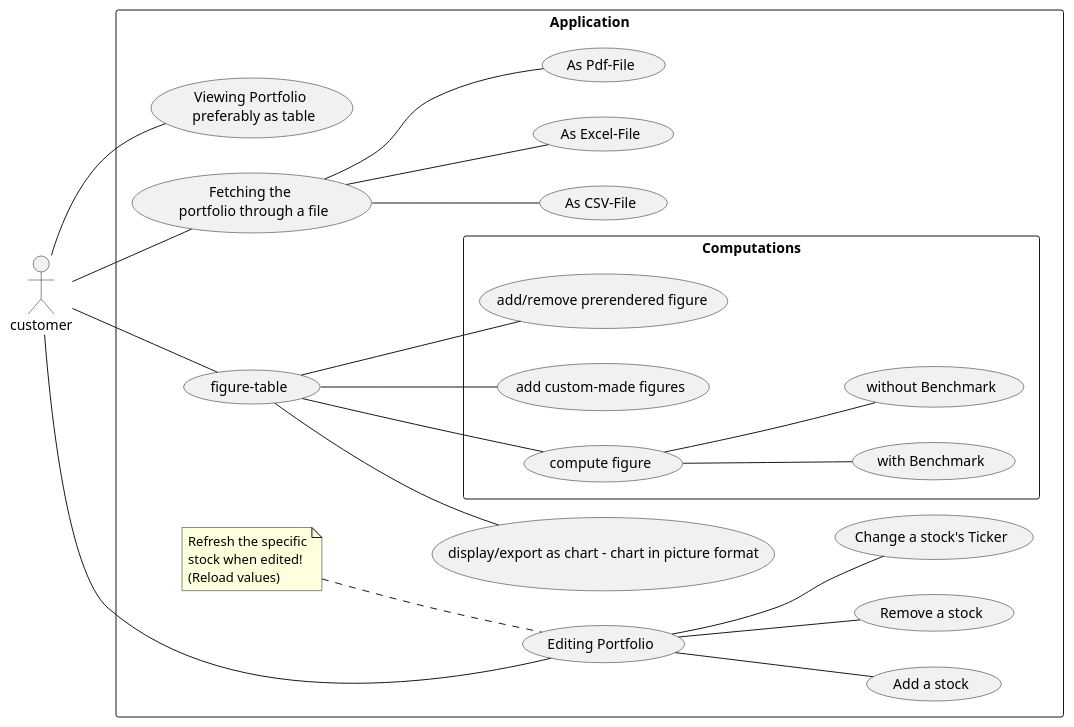
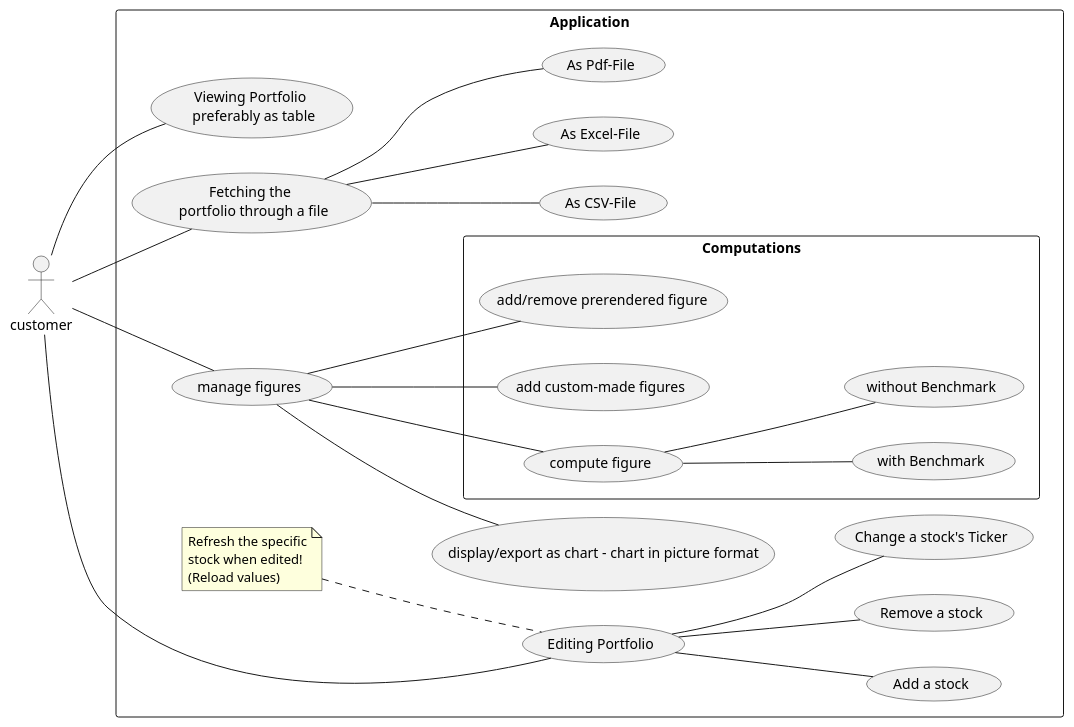
The diagram in Django_Project/UML/Portfolio.puml (rama997project/Stats-Screening), drawn with PlantUML before and after one commit. The commit also changed 18 other files, not shown here.

```diff
--- a/Django_Project/UML/Portfolio.puml
+++ b/Django_Project/UML/Portfolio.puml
@@ -1,58 +1,58 @@
 @startuml
 left to right direction
 skinparam packageStyle rectangle
 
 actor customer
 
 
 
 rectangle Application {
 customer -- (UC1)
 customer -- (UC3)
 customer -- (UC2)
 customer -- (UC5)
 (UC3) -- (Add a stock)
 (UC3) -- (Remove a stock)
 (UC3) -- (Change a stock's Ticker)
 
 note left of (UC3)
     Refresh the specific
     stock when edited!
     (Reload values)
 end note
 
 (UC2) -- (As CSV-File)
 (UC2) -- (As Excel-File)
 (UC2) -- (As Pdf-File)
 rectangle Computations {
 
 
 (UC5) -- (add/remove prerendered figure)
 (UC5) -- (add custom-made figures)
 (UC5) -- (UC6)
 (UC6) -- (with Benchmark)
 (UC6) -- (without Benchmark)
 
 
 usecase UC6 as "compute figure"
-usecase UC5 as "figure-table"
+usecase UC5 as "manage figures"
 
 }
 (UC5) -- (display/export as chart - chart in picture format)
 usecase UC1 as "Viewing Portfolio \n preferably as table"
 
 usecase UC2 as "Fetching the \n portfolio through a file"
 
 usecase UC3 as "Editing Portfolio"
 }
 
 
 
 
 
 
 
 
 
 
 @enduml
```
